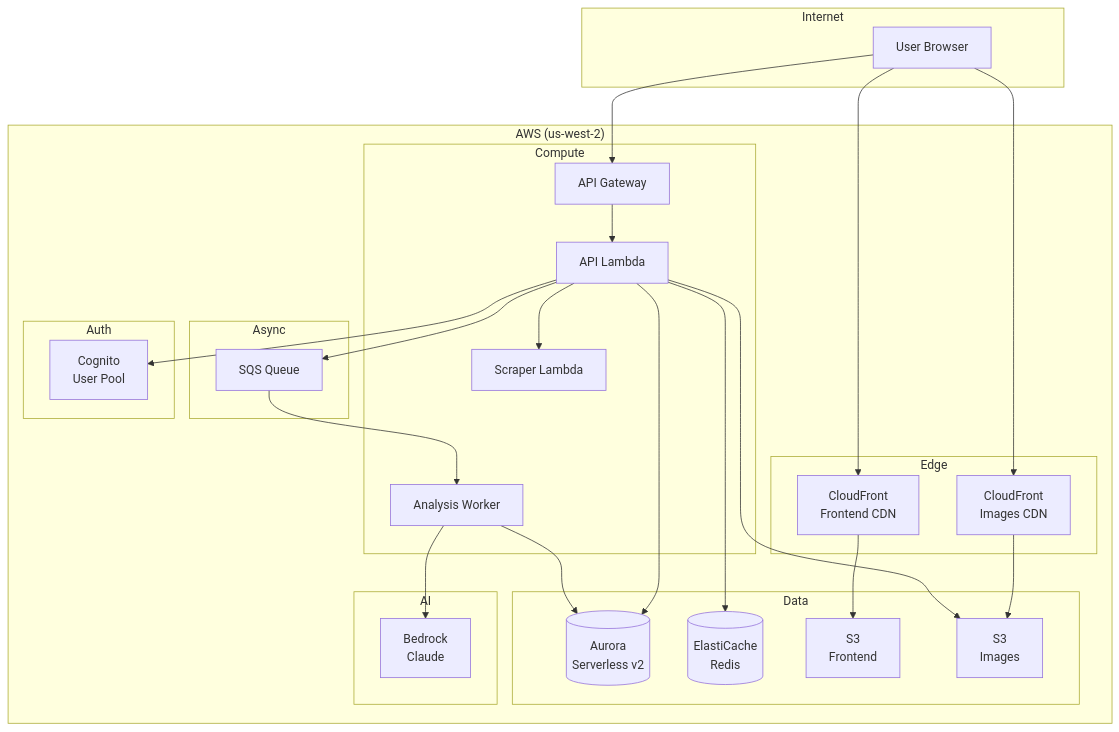
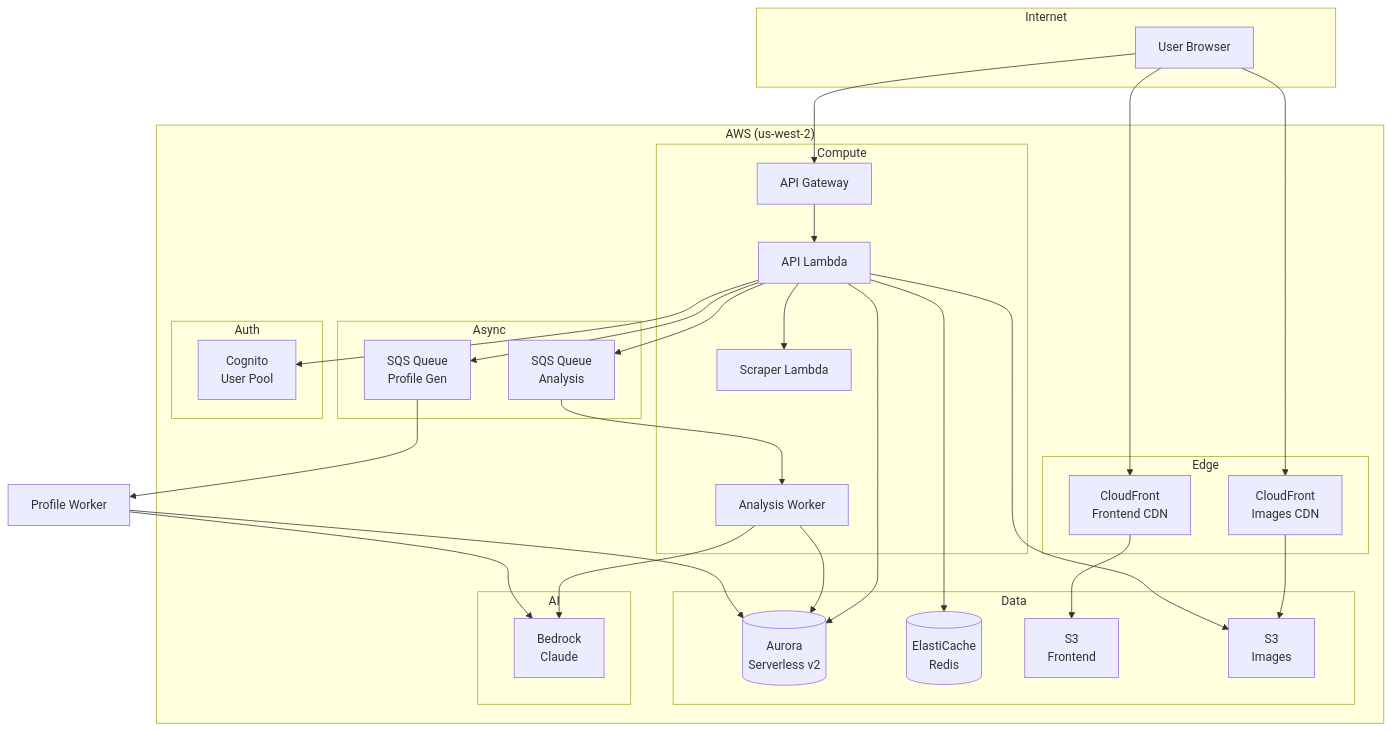
One commit to markthebest12/bluemoxon changed the first of 4 diagrams in docs/INFRASTRUCTURE.md. Above: the diagram before and after it, drawn with Mermaid. The commit also changed other lines of this file and 11 other files, not shown here.

````diff
--- a/docs/INFRASTRUCTURE.md
+++ b/docs/INFRASTRUCTURE.md
@@ -16,51 +16,55 @@
 ```mermaid
 flowchart TB
     subgraph Internet
         User[User Browser]
     end
 
     subgraph AWS["AWS (us-west-2)"]
         subgraph Edge
             CF1[CloudFront<br/>Frontend CDN]
             CF2[CloudFront<br/>Images CDN]
         end
 
         subgraph Compute
             APIGW[API Gateway]
             Lambda[API Lambda]
             Worker[Analysis Worker]
             Scraper[Scraper Lambda]
         end
 
         subgraph Async
-            SQS[SQS Queue]
+            SQS[SQS Queue<br/>Analysis]
+            SQS_P[SQS Queue<br/>Profile Gen]
         end
 
         subgraph Data
             Aurora[(Aurora<br/>Serverless v2)]
             Redis[(ElastiCache<br/>Redis)]
             S3F[S3<br/>Frontend]
             S3I[S3<br/>Images]
         end
 
         subgraph Auth
             Cognito[Cognito<br/>User Pool]
         end
 
         subgraph AI
             Bedrock[Bedrock<br/>Claude]
         end
     end
 
     User --> CF1 --> S3F
     User --> CF2 --> S3I
     User --> APIGW --> Lambda
     Lambda --> Aurora
     Lambda --> Redis
     Lambda --> S3I
     Lambda --> Cognito
     Lambda --> SQS --> Worker
+    Lambda --> SQS_P --> ProfileWorker[Profile Worker]
     Worker --> Aurora
     Worker --> Bedrock
+    ProfileWorker --> Aurora
+    ProfileWorker --> Bedrock
     Lambda --> Scraper
 ```
````
